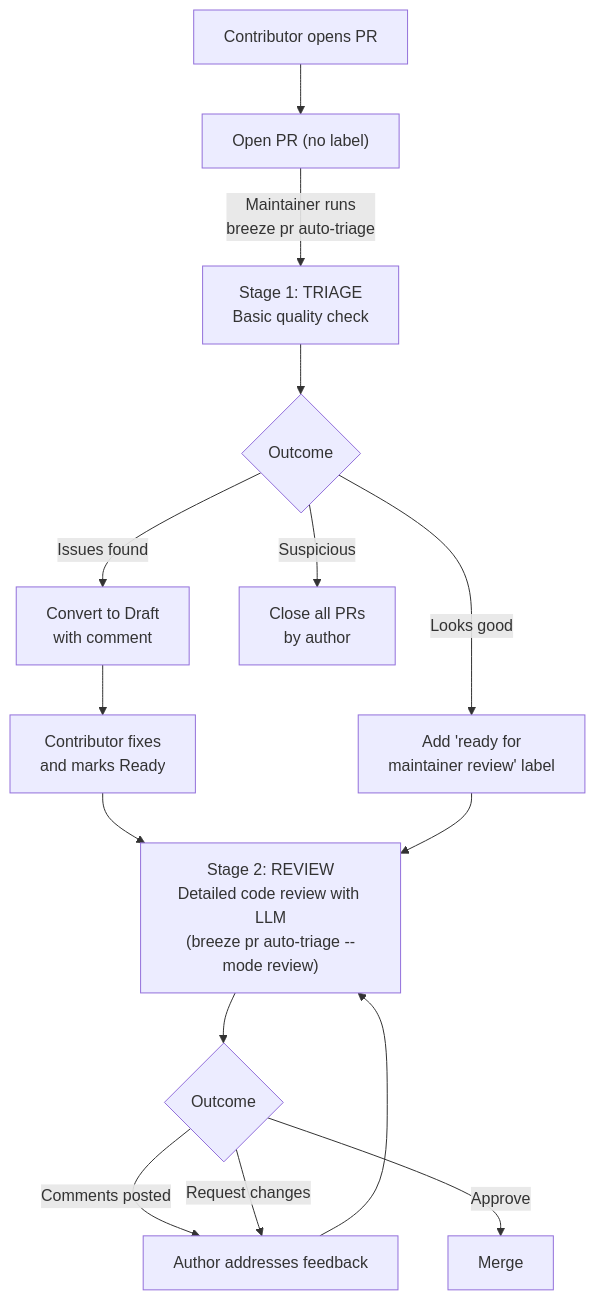
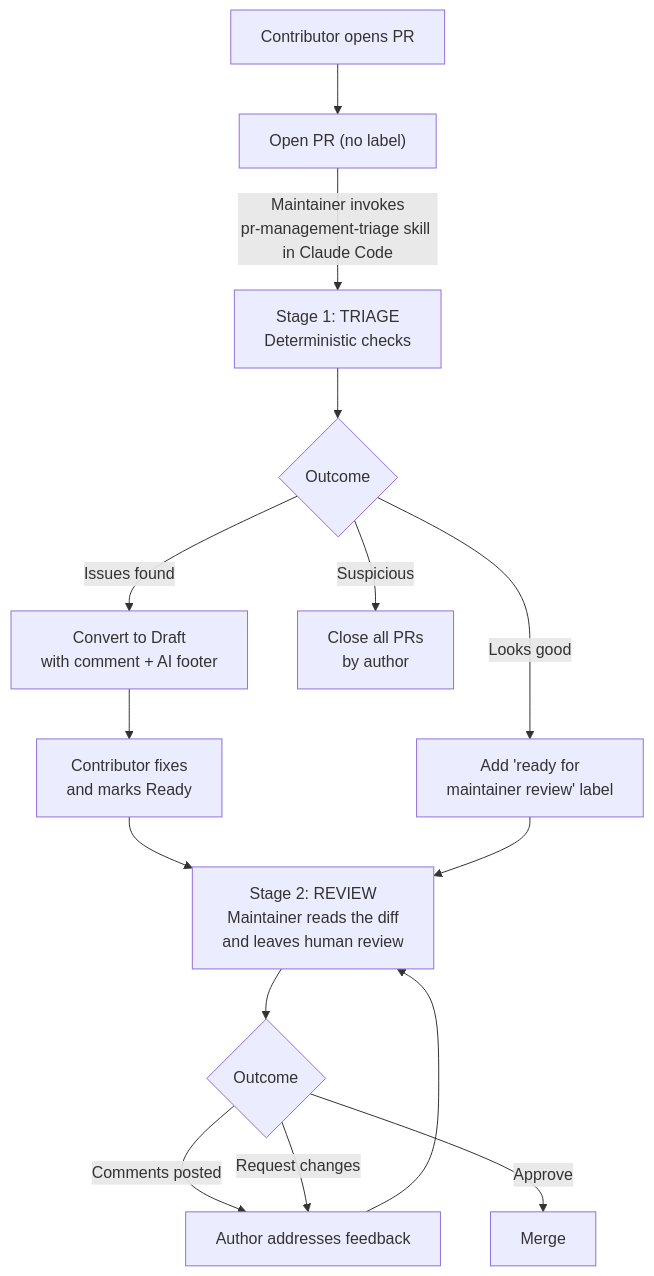
Before and after one commit to GoogleCloudPlatform/composer-airflow: the diagram in contributing-docs/25_maintainer_pr_triage.md, drawn with Mermaid. The commit also changed other lines of this file and 30 other files, not shown here.

````diff
--- a/contributing-docs/25_maintainer_pr_triage.md
+++ b/contributing-docs/25_maintainer_pr_triage.md
@@ -109,17 +85,17 @@
 ```mermaid
 flowchart TD
     A[Contributor opens PR] --> B["Open PR (no label)"]
-    B -->|"Maintainer runs<br/>breeze pr auto-triage"| C["Stage 1: TRIAGE<br/>Basic quality check"]
+    B -->|"Maintainer invokes<br/>pr-management-triage skill in Claude Code"| C["Stage 1: TRIAGE<br/>Deterministic checks"]
     C --> D{Outcome}
-    D -->|Issues found| E[Convert to Draft<br/>with comment]
+    D -->|Issues found| E[Convert to Draft<br/>with comment + AI footer]
     D -->|Looks good| F["Add 'ready for<br/>maintainer review' label"]
     D -->|Suspicious| G[Close all PRs<br/>by author]
     E --> H[Contributor fixes<br/>and marks Ready]
     H --> I[Stage 2: REVIEW]
     F --> I
-    I["Stage 2: REVIEW<br/>Detailed code review with LLM<br/>(breeze pr auto-triage --mode review)"] --> J{Outcome}
+    I["Stage 2: REVIEW<br/>Maintainer reads the diff<br/>and leaves human review"] --> J{Outcome}
     J -->|Comments posted| K[Author addresses feedback]
     J -->|Approve| L[Merge]
     J -->|Request changes| K
     K --> I
 ```
````
